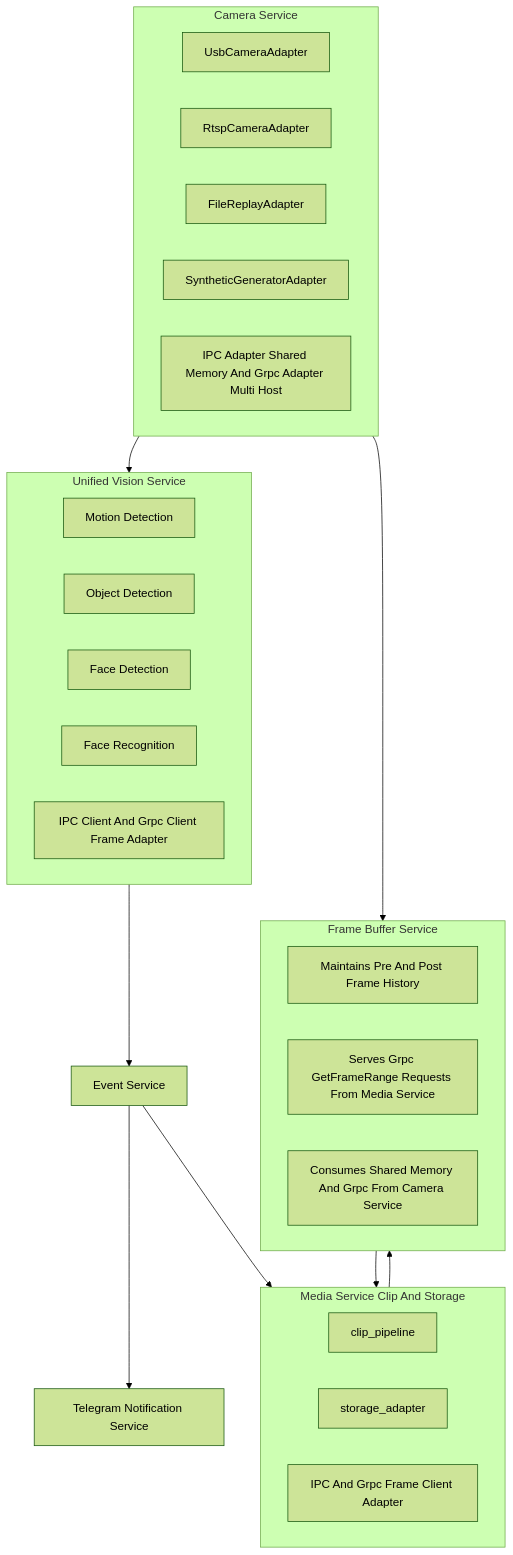
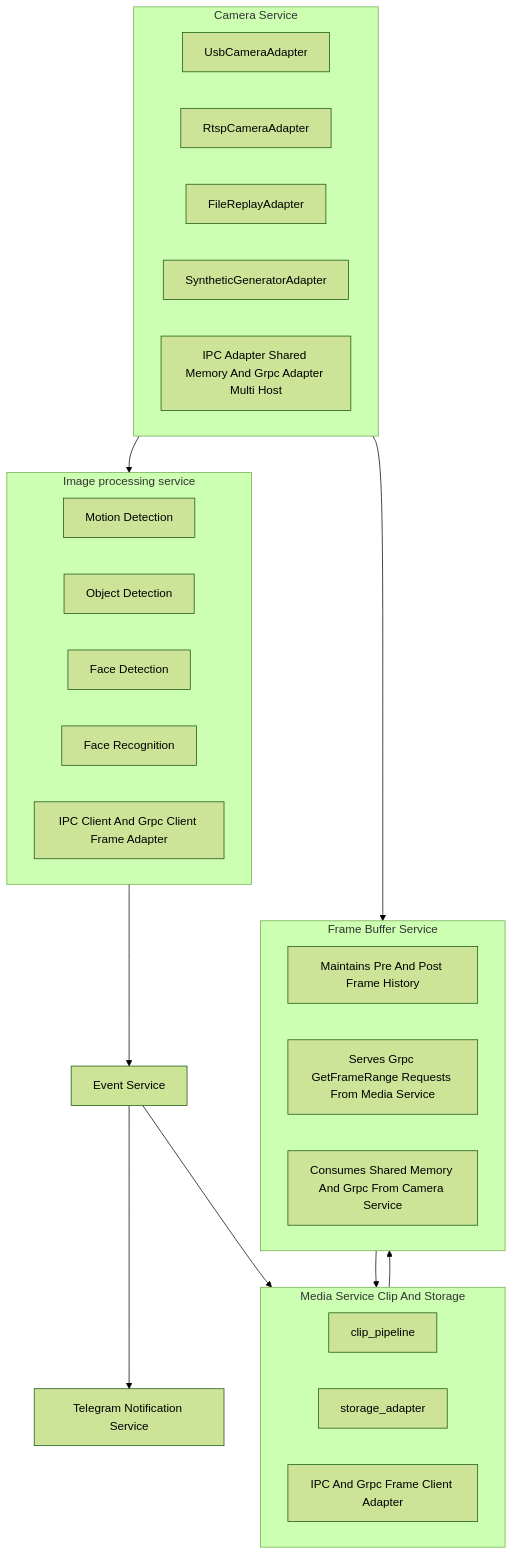
The first of 4 diagrams in doc/system.md (talifruman/camera-recognition), drawn with Mermaid (forest theme) before and after one commit. The commit also changed other lines of this file and 2 other files, not shown here.

Commit message:
docs: rename image processing service

````diff
--- a/doc/system.md
+++ b/doc/system.md
@@ -125,42 +125,42 @@
 ```mermaid
 flowchart TB
 	subgraph CameraService[Camera Service]
 		CA1[UsbCameraAdapter]
 		CA2[RtspCameraAdapter]
 		CA3[FileReplayAdapter]
 		CA4[SyntheticGeneratorAdapter]
 		CA5[IPC Adapter Shared Memory And Grpc Adapter Multi Host]
 	end
 
-	subgraph UnifiedVision[Unified Vision Service]
+	subgraph ImageProcessing[Image processing service]
 		UV1[Motion Detection]
 		UV2[Object Detection]
 		UV3[Face Detection]
 		UV4[Face Recognition]
 		UV5[IPC Client And Grpc Client Frame Adapter]
 	end
 
 	EventService[Event Service]
 
 	subgraph MediaService[Media Service Clip And Storage]
 		MS1[clip_pipeline]
 		MS2[storage_adapter]
 		MS3[IPC And Grpc Frame Client Adapter]
 	end
 
 	TelegramService[Telegram Notification Service]
 
 	subgraph FrameBuffer[Frame Buffer Service]
 		FB1[Maintains Pre And Post Frame History]
 		FB2[Serves Grpc GetFrameRange Requests From Media Service]
 		FB3[Consumes Shared Memory And Grpc From Camera Service]
 	end
 
-	CameraService --> UnifiedVision
+	CameraService --> ImageProcessing
 	CameraService --> FrameBuffer
-	UnifiedVision --> EventService
+	ImageProcessing --> EventService
 	EventService --> MediaService
 	EventService --> TelegramService
 	MediaService --> FrameBuffer
 	FrameBuffer --> MediaService
 ```
````
